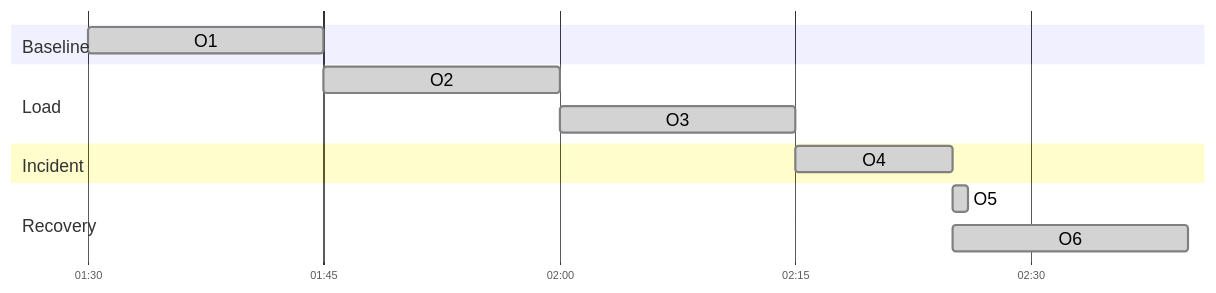
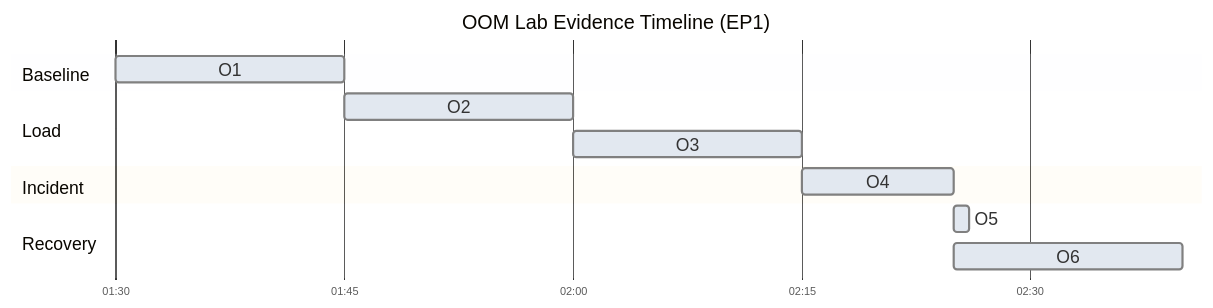
The third of 3 diagrams in docs/troubleshooting/lab-guides/out-of-memory-crash.md (yeongseon/azure-functions-practical-guide), drawn with Mermaid before and after one commit. The commit also changed 1 other file, not shown here.

Commit message:
docs(diagrams): apply palette-aware gantt legibility recipe
Use the measured local Gantt palette and spacing recipe while preserving
every task, section, timestamp and adjacent legend. Restore chart titles.

Refs #260

````diff
--- a/docs/troubleshooting/lab-guides/out-of-memory-crash.md
+++ b/docs/troubleshooting/lab-guides/out-of-memory-crash.md
@@ -655,19 +655,20 @@
 ```mermaid
-%%{init: {'themeCSS': '.grid .tick text { font-size: 16px !important; }', 'gantt': {'useMaxWidth': true, 'fontSize': 16, 'sectionFontSize': 16, 'leftPadding': 70, 'rightPadding': 30, 'barHeight': 24, 'barGap': 12}}}%%
+%%{init: {"gantt":{"fontSize":16,"sectionFontSize":16,"leftPadding":95,"rightPadding":35,"barHeight":24,"barGap":10},"theme":"base","themeVariables":{"doneTaskBkgColor":"#e2e8f0","critBkgColor":"#fed7aa","taskBkgColor":"#e2e8f0"},"themeCSS":".grid .tick text{font-size:16px;fill:var(--md-default-fg-color);} .section{opacity:0;} .titleText{font-size:14px;fill:var(--md-default-fg-color);} .sectionTitle{fill:var(--md-default-fg-color);} .taskTextOutsideLeft,.taskTextOutsideRight{fill:var(--md-default-fg-color)!important;} .taskText{fill:#14202e!important;}"}}%%
 gantt
+    title OOM Lab Evidence Timeline (EP1)
     accTitle: OOM Lab Evidence Timeline (EP1)
     accDescr: Six page-defined lab windows, from baseline at 01:30 to recovery ending at 02:40. O1 to O6 map to the adjacent task legend; no new execution is asserted.
     dateFormat  HH:mm
     axisFormat  %H:%M
     tickInterval 15minute
     section Baseline
     O1                              :done, b1, 01:30, 15m
     section Load
     O2                              :done, l1, 01:45, 15m
     O3                              :done, l2, 02:00, 15m
     section Incident
     O4                              :done, i1, 02:15, 10m
     section Recovery
     O5                              :done, r1, 02:25, 1m
     O6                              :done, r2, 02:25, 15m
 ```
````
